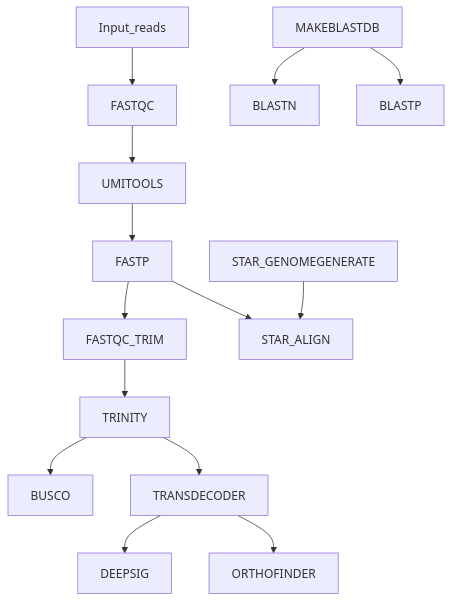
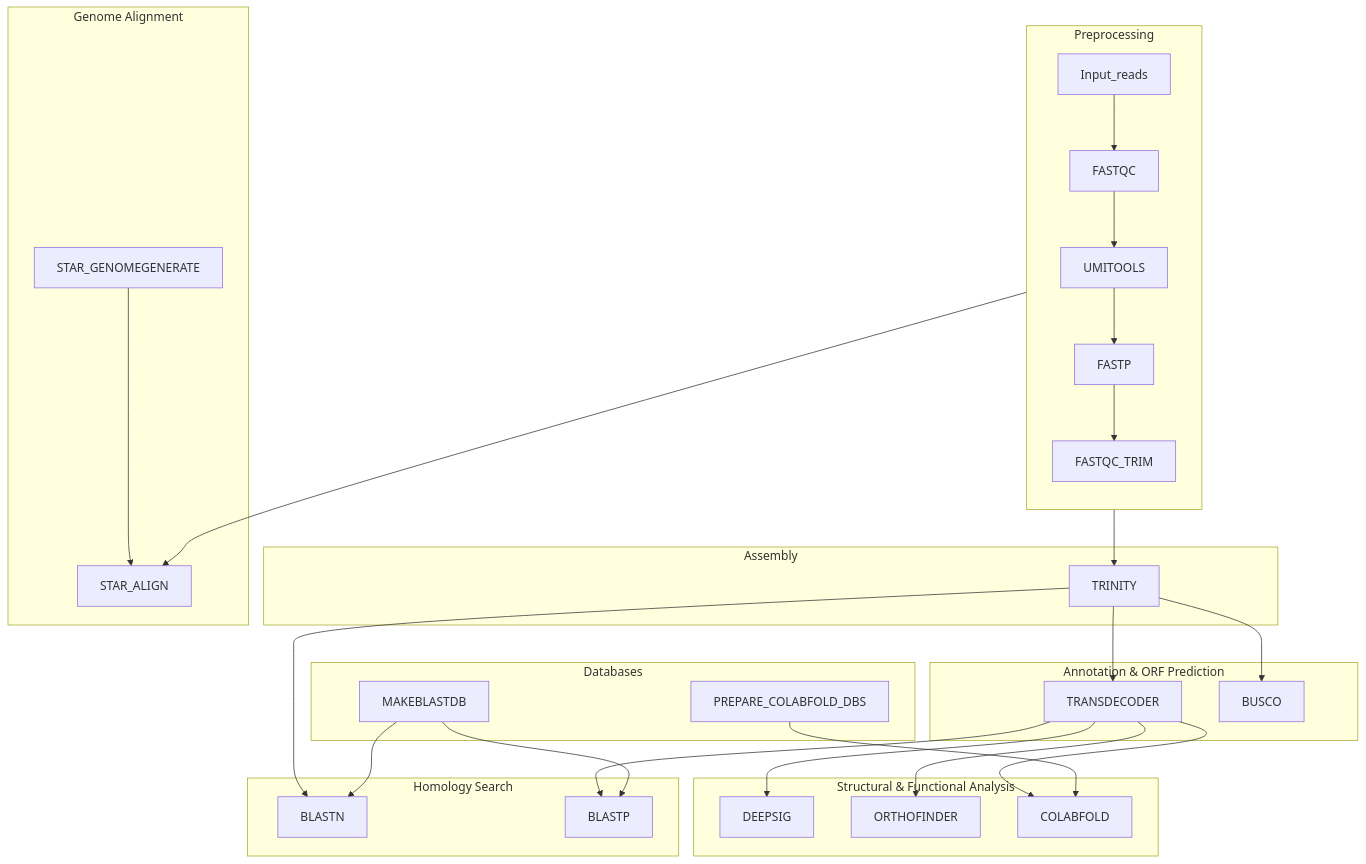
One commit to EPegueroS/transcriptassembler changed the diagram in README.md. Above: the diagram before and after it, drawn with Mermaid.

Commit message:
reorganized mermaid graph on readme

````diff
--- a/README.md
+++ b/README.md
@@ -22,16 +22,53 @@
 ```mermaid
 graph TD;
-    Input_reads-->FASTQC;
-    FASTQC-->UMITOOLS;
-    UMITOOLS-->FASTP;
-    FASTP-->FASTQC_TRIM;
-    FASTQC_TRIM-->TRINITY;
-    TRINITY-->BUSCO;
-    TRINITY-->TRANSDECODER;
-    TRANSDECODER-->DEEPSIG;
-    TRANSDECODER-->ORTHOFINDER;
-    MAKEBLASTDB-->BLASTN;
-    MAKEBLASTDB-->BLASTP;
-    STAR_GENOMEGENERATE-->STAR_ALIGN;
-    FASTP-->STAR_ALIGN;
+    subgraph PRE["Preprocessing"]
+        direction TB
+        Input_reads --> FASTQC --> UMITOOLS --> FASTP --> FASTQC_TRIM
+    end
+
+    subgraph ASSEMBLY["Assembly"]
+        TRINITY
+    end
+
+    subgraph ANNOTATION["Annotation & ORF Prediction"]
+        TRANSDECODER
+        BUSCO
+    end
+
+    subgraph STRUCTURAL["Structural & Functional Analysis"]
+        DEEPSIG
+        ORTHOFINDER
+        COLABFOLD
+    end
+
+    subgraph HOMOLOGY["Homology Search"]
+        BLASTN
+        BLASTP
+    end
+
+    subgraph ALIGNMENT["Genome Alignment"]
+        STAR_GENOMEGENERATE --> STAR_ALIGN
+    end
+
+    subgraph DBS["Databases"]
+        MAKEBLASTDB
+        PREPARE_COLABFOLD_DBS
+    end
+
+    %% Cross-subgraph edges
+    FASTQC_TRIM --> TRINITY
+    FASTP --> STAR_ALIGN
+
+    TRINITY --> BUSCO
+    TRINITY --> TRANSDECODER
+    TRINITY --> BLASTN
+
+    TRANSDECODER --> DEEPSIG
+    TRANSDECODER --> ORTHOFINDER
+    TRANSDECODER --> BLASTP
+    TRANSDECODER --> COLABFOLD
+
+    MAKEBLASTDB --> BLASTN
+    MAKEBLASTDB --> BLASTP
+    PREPARE_COLABFOLD_DBS --> COLABFOLD
 ```
````
